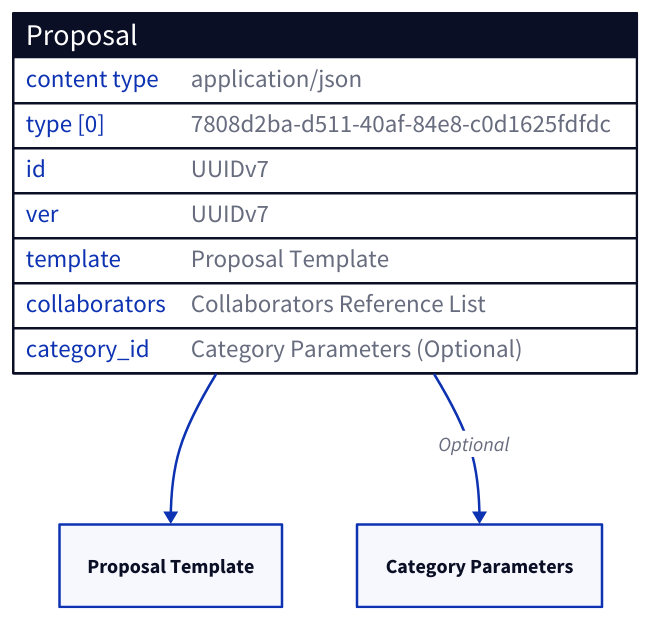
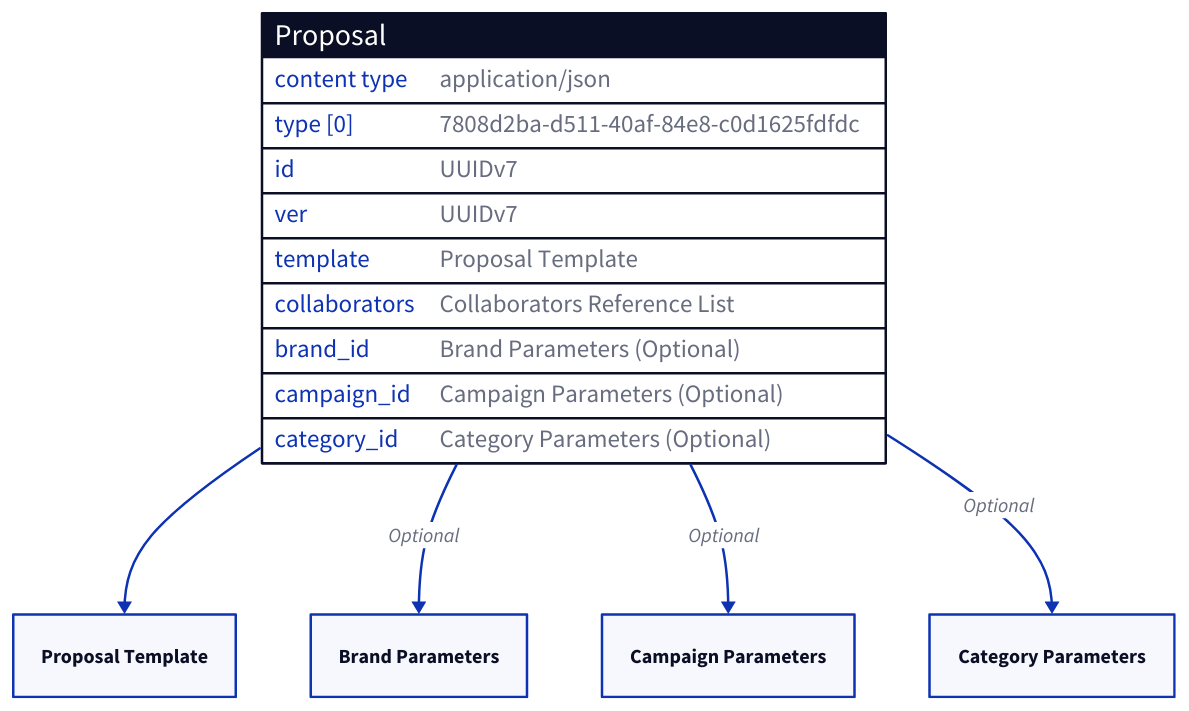
Before and after one commit to input-output-hk/catalyst-libs: the diagram in docs/src/architecture/08_concepts/signed_doc/docs/proposal.md, drawn with D2. The commit also changed other lines of this file and 31 other files, not shown here.

````diff
--- a/docs/src/architecture/08_concepts/signed_doc/docs/proposal.md
+++ b/docs/src/architecture/08_concepts/signed_doc/docs/proposal.md
@@ -16,16 +16,20 @@
 ```d2 layout="elk"
 "Proposal": {
   shape: sql_table
   "content type": application/json
   "type [0]": 7808d2ba-d511-40af-84e8-c0d1625fdfdc
   "id": UUIDv7
   "ver": UUIDv7
   "template": Proposal Template
   "collaborators": Collaborators Reference List
+  "brand_id": Brand Parameters (Optional)
+  "campaign_id": Campaign Parameters (Optional)
   "category_id": Category Parameters (Optional)
 
 }
 
 "Proposal"."template"->"Proposal Template"
+"Proposal"."brand_id"->"Brand Parameters": Optional
+"Proposal"."campaign_id"->"Campaign Parameters": Optional
 "Proposal"."category_id"->"Category Parameters": Optional
 ```
````
